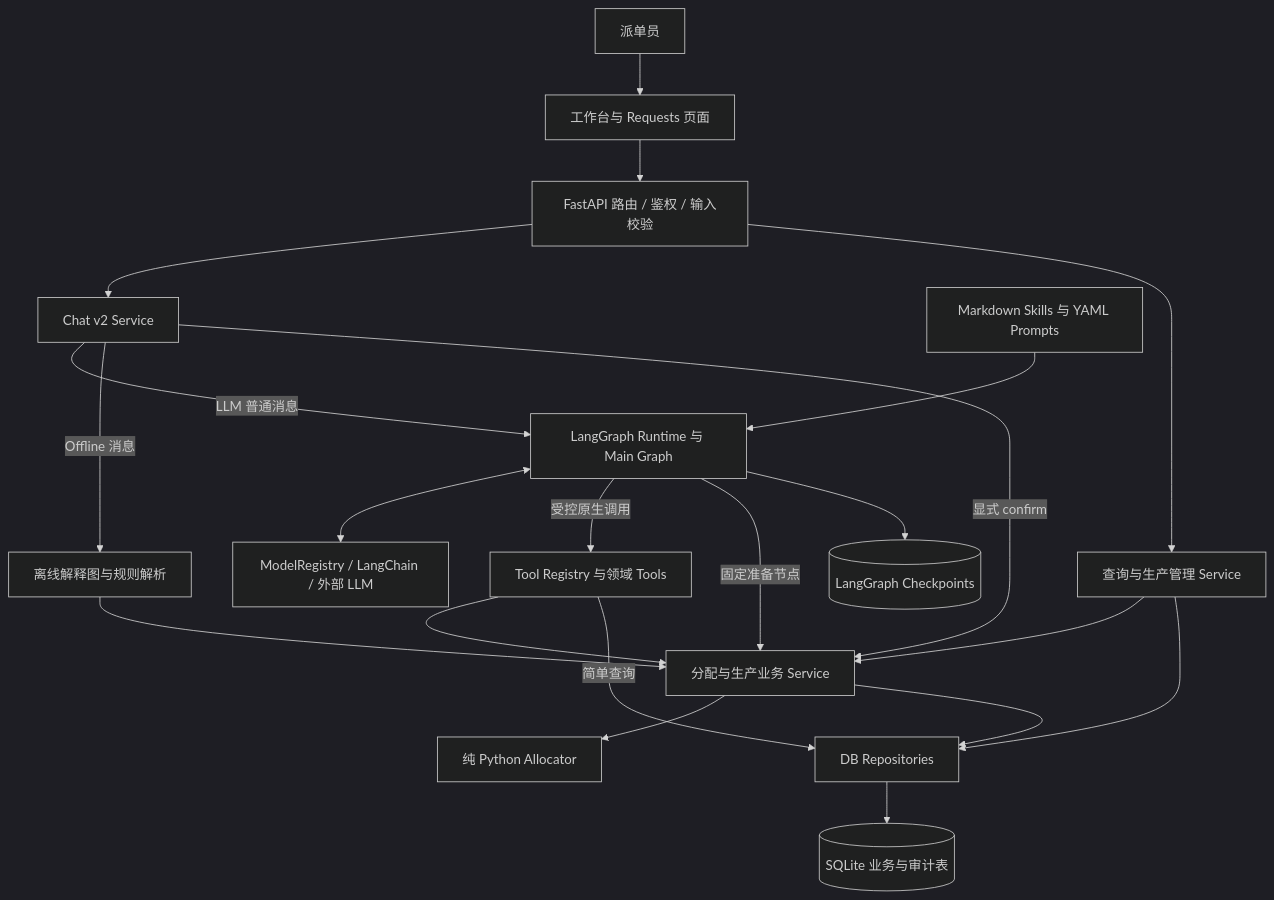
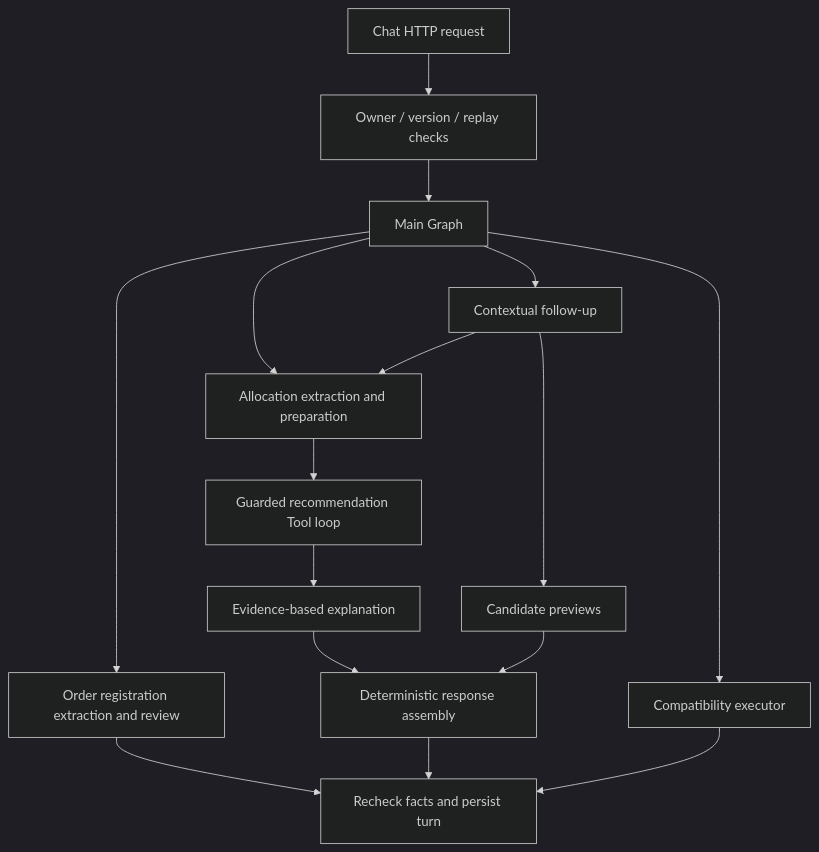
The diagram in docs/current_architecture.md (zh72640/dss5105_project), drawn with Mermaid (dark theme) before and after one commit. The commit also changed other lines of this file and 140 other files, not shown here.

````diff
--- a/docs/current_architecture.md
+++ b/docs/current_architecture.md
@@ -13,23 +27,18 @@
 ```mermaid
-flowchart TB
-    U[派单员] --> UI[工作台与 Requests 页面]
-    UI --> API[FastAPI 路由 / 鉴权 / 输入校验]
-    API --> CHAT[Chat v2 Service]
-    API --> OPS[查询与生产管理 Service]
-    CHAT -->|LLM 普通消息| AGENT[LangGraph Runtime 与 Main Graph]
-    CHAT -->|Offline 消息| OFF[离线解释图与规则解析]
-    CHAT -->|显式 confirm| SERVICE[分配与生产业务 Service]
-    AGENT <--> MODEL[ModelRegistry / LangChain / 外部 LLM]
-    SKILL[Markdown Skills 与 YAML Prompts] --> AGENT
-    AGENT -->|受控原生调用| TOOL[Tool Registry 与领域 Tools]
-    AGENT -->|固定准备节点| SERVICE
-    TOOL --> SERVICE
-    TOOL -->|简单查询| REPO[DB Repositories]
-    OFF --> SERVICE
-    OPS --> SERVICE
-    OPS --> REPO
-    SERVICE --> ALLOC[纯 Python Allocator]
-    SERVICE --> REPO
-    REPO --> DB[(SQLite 业务与审计表)]
-    AGENT --> CP[(LangGraph Checkpoints)]
+flowchart TD
+    HTTP[Chat HTTP request] --> GUARD[Owner / version / replay checks]
+    GUARD --> MAIN[Main Graph]
+    MAIN --> PREP[Allocation extraction and preparation]
+    PREP --> TOOLS[Guarded recommendation Tool loop]
+    TOOLS --> EXPLAIN[Evidence-based explanation]
+    EXPLAIN --> RESPONSE[Deterministic response assembly]
+    MAIN --> FOLLOW[Contextual follow-up]
+    FOLLOW --> PREP
+    FOLLOW --> OPTIONS[Candidate previews]
+    OPTIONS --> RESPONSE
+    MAIN --> REGISTER[Order registration extraction and review]
+    MAIN --> COMPAT[Compatibility executor]
+    REGISTER --> SAVE[Recheck facts and persist turn]
+    RESPONSE --> SAVE
+    COMPAT --> SAVE
 ```
````
